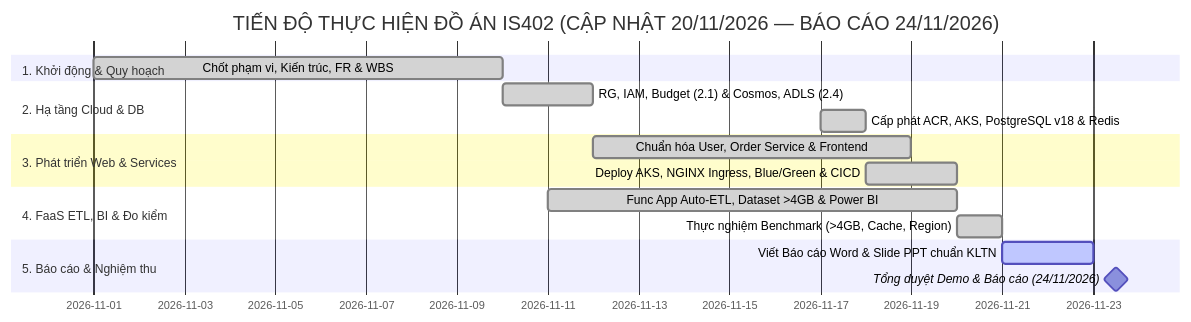
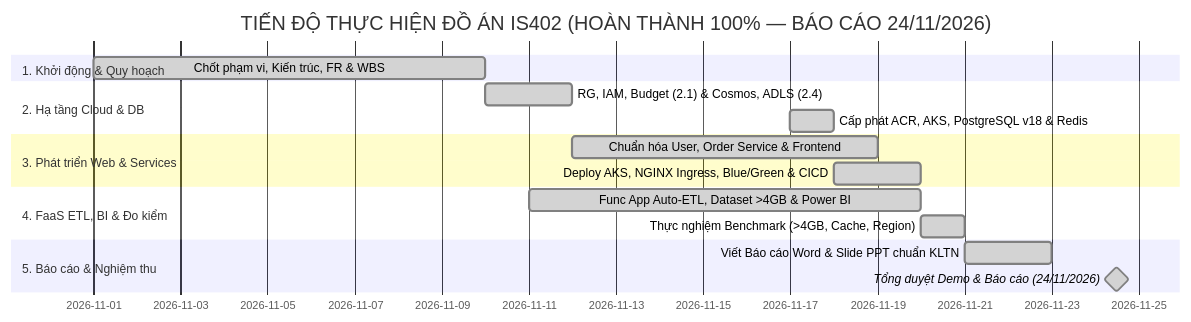
The diagram in azure-ecommerce-application/docs/WBS.md (helios-ryuu/azure-ecommerce-devops-is402), drawn with Mermaid before and after one commit. The commit also changed other lines of this file and 9 other files, not shown here.

````diff
--- a/azure-ecommerce-application/docs/WBS.md
+++ b/azure-ecommerce-application/docs/WBS.md
@@ -33,19 +33,19 @@
 ```mermaid
 gantt
-    title TIẾN ĐỘ THỰC HIỆN ĐỒ ÁN IS402 (CẬP NHẬT 20/11/2026 — BÁO CÁO 24/11/2026)
+    title TIẾN ĐỘ THỰC HIỆN ĐỒ ÁN IS402 (HOÀN THÀNH 100% — BÁO CÁO 24/11/2026)
     dateFormat  YYYY-MM-DD
     section 1. Khởi động & Quy hoạch
     Chốt phạm vi, Kiến trúc, FR & WBS          :done, wbs1, 2026-11-01, 2026-11-10
     section 2. Hạ tầng Cloud & DB
     RG, IAM, Budget (2.1) & Cosmos, ADLS (2.4) :done, wbs2done, 2026-11-10, 2026-11-12
     Cấp phát ACR, AKS, PostgreSQL v18 & Redis  :done, wbs2a, 2026-11-17, 2026-11-18
     section 3. Phát triển Web & Services
     Chuẩn hóa User, Order Service & Frontend   :done, wbs3a, 2026-11-12, 2026-11-19
     Deploy AKS, NGINX Ingress, Blue/Green & CICD:done, wbs3d, 2026-11-18, 2026-11-20
     section 4. FaaS ETL, BI & Đo kiểm
     Func App Auto-ETL, Dataset >4GB & Power BI :done, wbs4a, 2026-11-11, 2026-11-20
     Thực nghiệm Benchmark (>4GB, Cache, Region):done, wbs4c, 2026-11-20, 2026-11-21
     section 5. Báo cáo & Nghiệm thu
-    Viết Báo cáo Word & Slide PPT chuẩn KLTN   :active, wbs5a, 2026-11-21, 2026-11-23
-    Tổng duyệt Demo & Báo cáo (24/11/2026)     :milestone, wbs5b, 2026-11-23, 1d
+    Viết Báo cáo Word & Slide PPT chuẩn KLTN   :done, wbs5a, 2026-11-21, 2026-11-23
+    Tổng duyệt Demo & Báo cáo (24/11/2026)     :done, milestone, wbs5b, 2026-11-24, 1d
 ```
````
